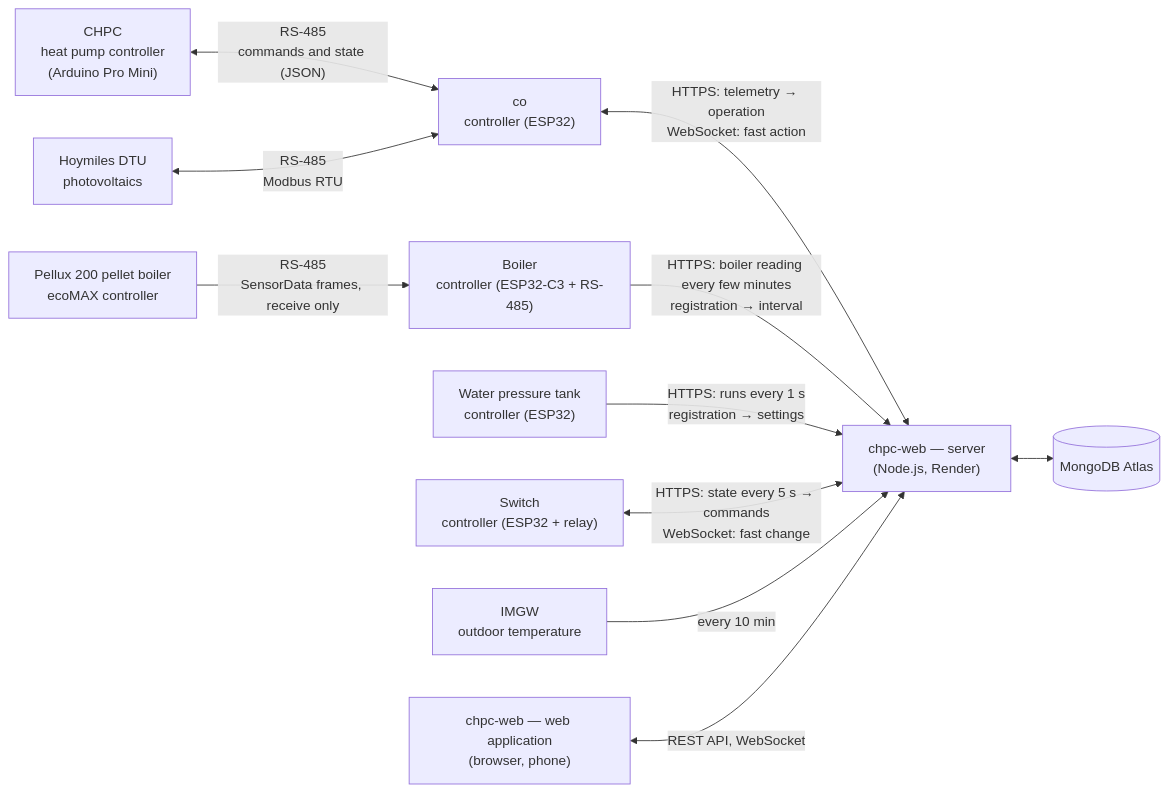
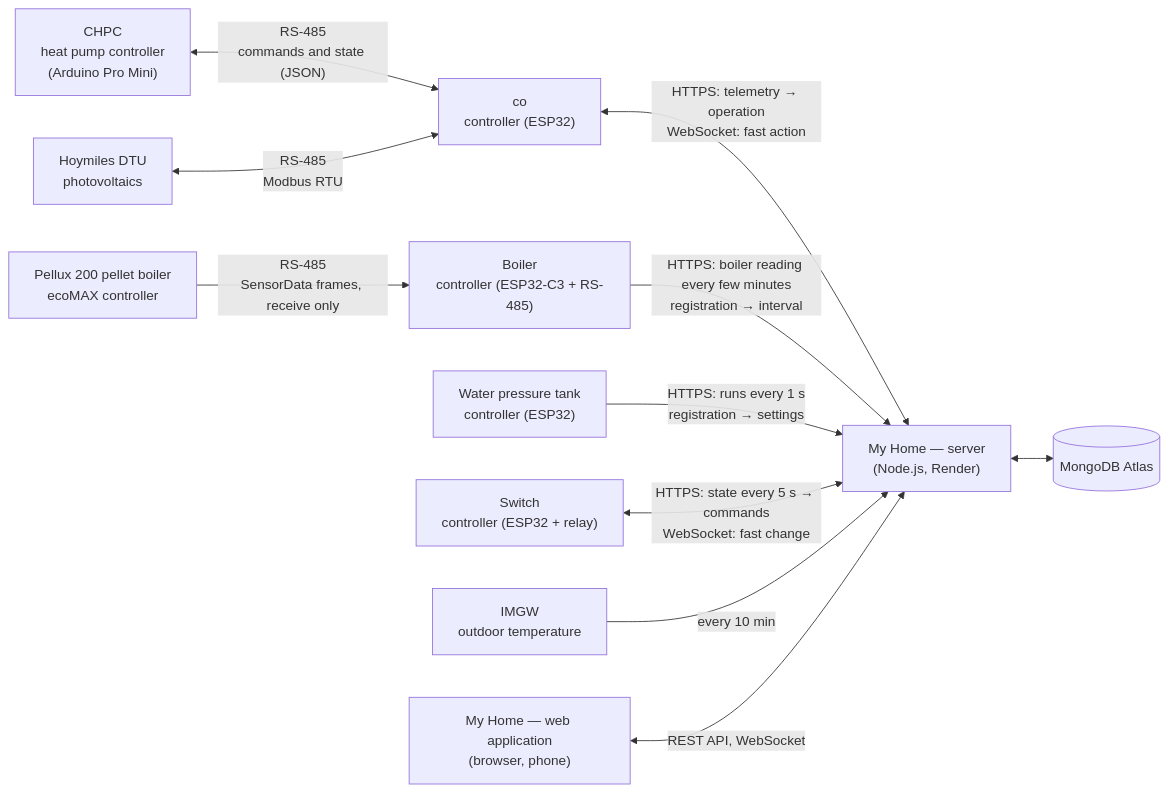
Before and after one commit to robertorlowski/chpc-web: the diagram in docs/en/README.md, drawn with Mermaid. The commit also changed other lines of this file and 37 other files, not shown here.

First line of the commit message:
Dokumentacja: nazwa systemu My Home zamiast chpc-web, README po angielsku

````diff
--- a/docs/en/README.md
+++ b/docs/en/README.md
@@ -18,25 +18,25 @@
 ```mermaid
 flowchart LR
     CHPC["CHPC<br/>heat pump controller<br/>(Arduino Pro Mini)"]
     DTU["Hoymiles DTU<br/>photovoltaics"]
     CO["co<br/>controller (ESP32)"]
     ECO["Pellux 200 pellet boiler<br/>ecoMAX controller"]
     PEL["Boiler<br/>controller (ESP32-C3 + RS-485)"]
     HYD["Water pressure tank<br/>controller (ESP32)"]
     SW["Switch<br/>controller (ESP32 + relay)"]
-    SRV["chpc-web — server<br/>(Node.js, Render)"]
+    SRV["My Home — server<br/>(Node.js, Render)"]
     DB[("MongoDB Atlas")]
-    WEB["chpc-web — web application<br/>(browser, phone)"]
+    WEB["My Home — web application<br/>(browser, phone)"]
     IMGW["IMGW<br/>outdoor temperature"]
 
     CHPC <-- "RS-485<br/>commands and state (JSON)" --> CO
     DTU <-- "RS-485<br/>Modbus RTU" --> CO
     ECO -- "RS-485<br/>SensorData frames, receive only" --> PEL
     CO <-- "HTTPS: telemetry → operation<br/>WebSocket: fast action" --> SRV
     PEL -- "HTTPS: boiler reading every few minutes<br/>registration → interval" --> SRV
     HYD -- "HTTPS: runs every 1 s<br/>registration → settings" --> SRV
     SW <-- "HTTPS: state every 5 s → commands<br/>WebSocket: fast change" --> SRV
     IMGW -- "every 10 min" --> SRV
     SRV <--> DB
     WEB <-- "REST API, WebSocket" --> SRV
 ```
````
